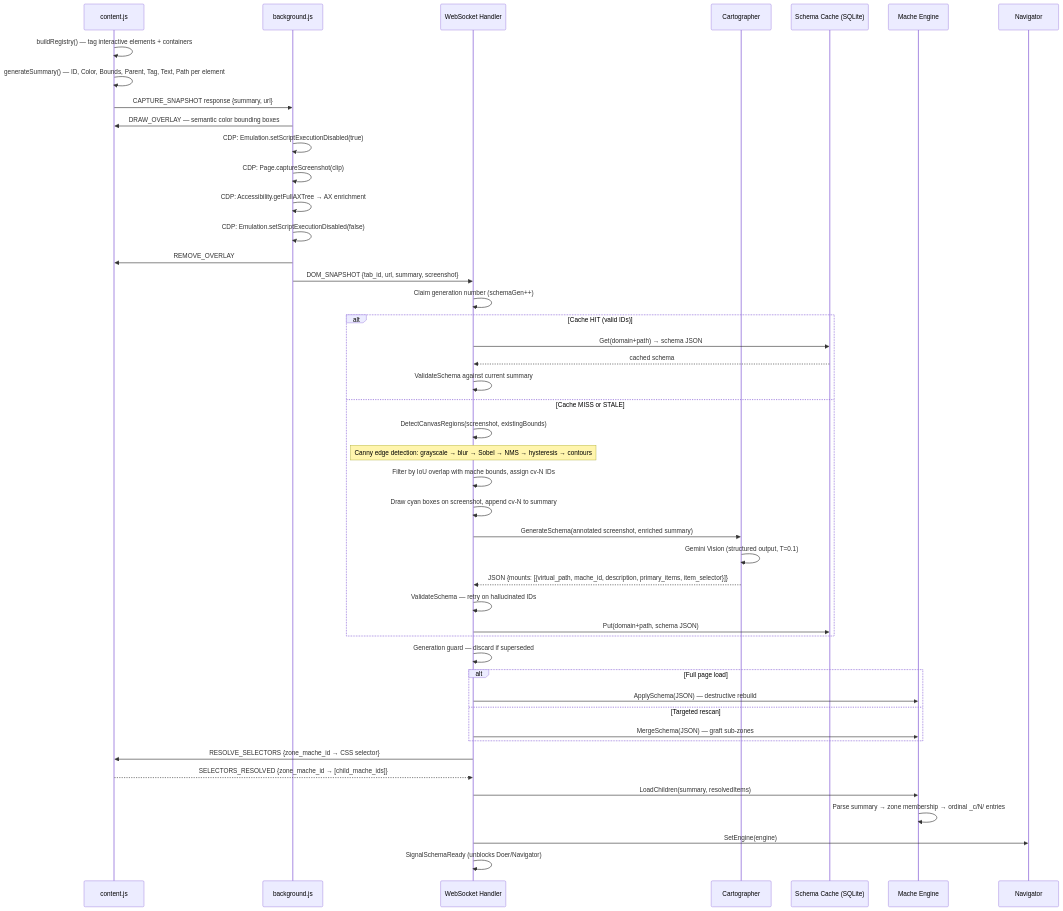
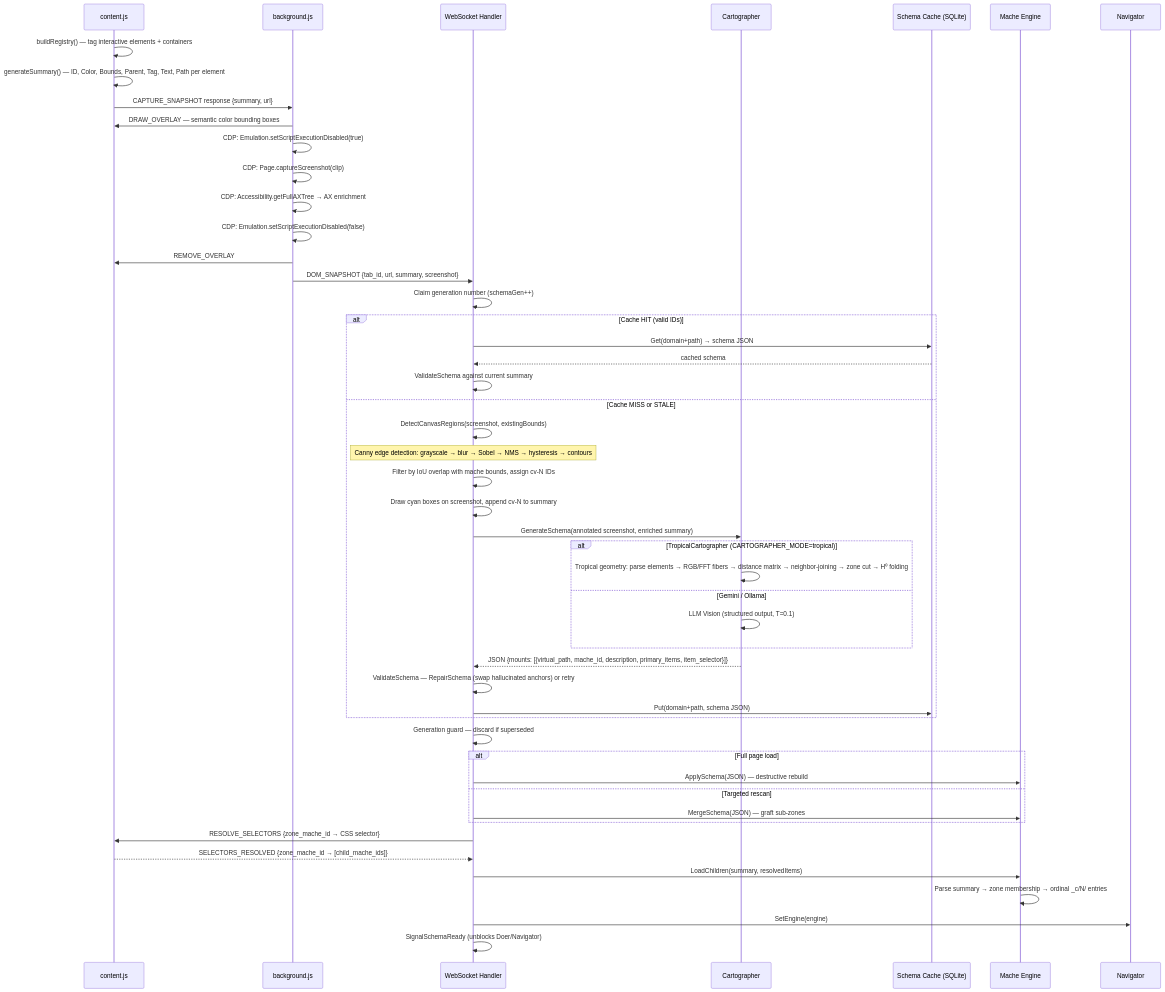
The third of 8 diagrams in docs/ARCHITECTURE.md (agentic-research/x-ray), drawn with Mermaid before and after one commit. The commit also changed other lines of this file and 1 other file, not shown here.

First line of the commit message:
docs: make TropicalCartographer front-and-center in README and ARCHITECTURE

````diff
--- a/docs/ARCHITECTURE.md
+++ b/docs/ARCHITECTURE.md
@@ -212,54 +212,58 @@
 ```mermaid
 sequenceDiagram
     participant CS as content.js
     participant BG as background.js
     participant WS as WebSocket Handler
     participant Cart as Cartographer
     participant Cache as Schema Cache (SQLite)
     participant Eng as Mache Engine
     participant Nav as Navigator
 
     CS->>CS: buildRegistry() — tag interactive elements + containers
     CS->>CS: generateSummary() — ID, Color, Bounds, Parent, Tag, Text, Path per element
     CS->>BG: CAPTURE_SNAPSHOT response {summary, url}
     BG->>CS: DRAW_OVERLAY — semantic color bounding boxes
     BG->>BG: CDP: Emulation.setScriptExecutionDisabled(true)
     BG->>BG: CDP: Page.captureScreenshot(clip)
     BG->>BG: CDP: Accessibility.getFullAXTree → AX enrichment
     BG->>BG: CDP: Emulation.setScriptExecutionDisabled(false)
     BG->>CS: REMOVE_OVERLAY
     BG->>WS: DOM_SNAPSHOT {tab_id, url, summary, screenshot}
 
     WS->>WS: Claim generation number (schemaGen++)
 
     alt Cache HIT (valid IDs)
         WS->>Cache: Get(domain+path) → schema JSON
         Cache-->>WS: cached schema
         WS->>WS: ValidateSchema against current summary
     else Cache MISS or STALE
         WS->>WS: DetectCanvasRegions(screenshot, existingBounds)
         Note over WS: Canny edge detection: grayscale → blur → Sobel → NMS → hysteresis → contours
         WS->>WS: Filter by IoU overlap with mache bounds, assign cv-N IDs
         WS->>WS: Draw cyan boxes on screenshot, append cv-N to summary
         WS->>Cart: GenerateSchema(annotated screenshot, enriched summary)
-        Cart->>Cart: Gemini Vision (structured output, T=0.1)
+        alt TropicalCartographer (CARTOGRAPHER_MODE=tropical)
+            Cart->>Cart: Tropical geometry: parse elements → RGB/FFT fibers → distance matrix → neighbor-joining → zone cut → H⁰ folding
+        else Gemini / Ollama
+            Cart->>Cart: LLM Vision (structured output, T=0.1)
+        end
         Cart-->>WS: JSON {mounts: [{virtual_path, mache_id, description, primary_items, item_selector}]}
-        WS->>WS: ValidateSchema — retry on hallucinated IDs
+        WS->>WS: ValidateSchema — RepairSchema (swap hallucinated anchors) or retry
         WS->>Cache: Put(domain+path, schema JSON)
     end
 
     WS->>WS: Generation guard — discard if superseded
 
     alt Full page load
         WS->>Eng: ApplySchema(JSON) — destructive rebuild
     else Targeted rescan
         WS->>Eng: MergeSchema(JSON) — graft sub-zones
     end
 
     WS->>CS: RESOLVE_SELECTORS {zone_mache_id → CSS selector}
     CS-->>WS: SELECTORS_RESOLVED {zone_mache_id → [child_mache_ids]}
     WS->>Eng: LoadChildren(summary, resolvedItems)
     Eng->>Eng: Parse summary → zone membership → ordinal _c/N/ entries
     WS->>Nav: SetEngine(engine)
     WS->>WS: SignalSchemaReady (unblocks Doer/Navigator)
 ```
````
